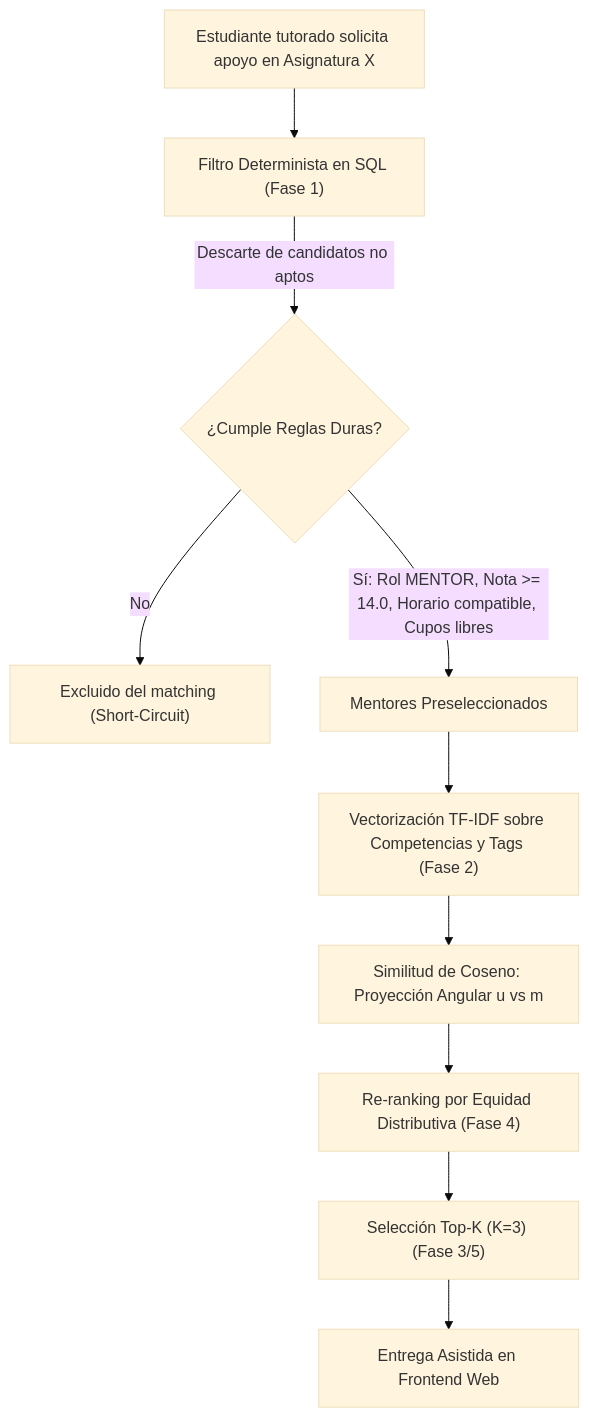
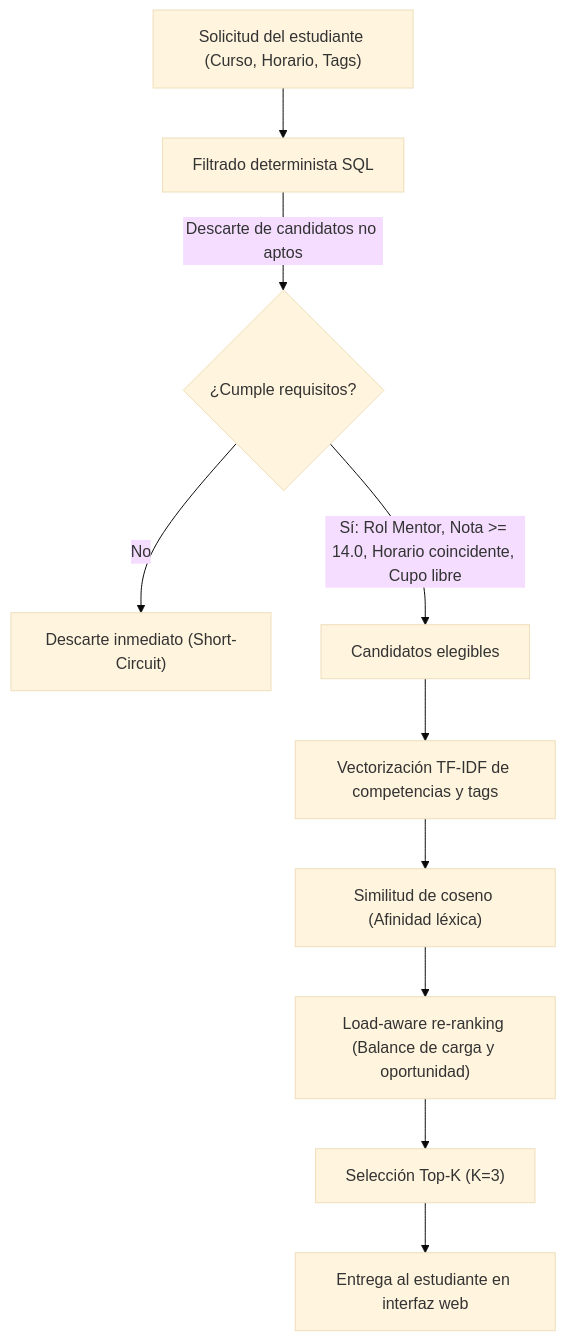
Before and after one commit to JMedina255/epis-upt-p2p-mentoring: the diagram in README.md, drawn with Mermaid (base theme). The commit also changed other lines of this file, not shown here.

````diff
--- a/README.md
+++ b/README.md
@@ -17,12 +73,12 @@
 ```mermaid
 flowchart TD
-    A["Estudiante tutorado solicita apoyo en Asignatura X"] --> B["Filtro Determinista en SQL (Fase 1)"]
-    B -->|Descarte de candidatos no aptos| C{"¿Cumple Reglas Duras?"}
-    C -->|No| D["Excluido del matching (Short-Circuit)"]
-    C -->|Sí: Rol MENTOR, Nota >= 14.0, Horario compatible, Cupos libres| E["Mentores Preseleccionados"]
-    E --> F["Vectorización TF-IDF sobre Competencias y Tags (Fase 2)"]
-    F --> G["Similitud de Coseno: Proyección Angular u vs m"]
-    G --> H["Re-ranking por Equidad Distributiva (Fase 4)"]
-    H --> I["Selección Top-K (K=3) (Fase 3/5)"]
-    I --> J["Entrega Asistida en Frontend Web"]
+    A["Solicitud del estudiante (Curso, Horario, Tags)"] --> B["Filtrado determinista SQL"]
+    B -->|Descarte de candidatos no aptos| C{"¿Cumple requisitos?"}
+    C -->|No| D["Descarte inmediato (Short-Circuit)"]
+    C -->|Sí: Rol Mentor, Nota >= 14.0, Horario coincidente, Cupo libre| E["Candidatos elegibles"]
+    E --> F["Vectorización TF-IDF de competencias y tags"]
+    F --> G["Similitud de coseno (Afinidad léxica)"]
+    G --> H["Load-aware re-ranking (Balance de carga y oportunidad)"]
+    H --> I["Selección Top-K (K=3)"]
+    I --> J["Entrega al estudiante en interfaz web"]
 ```
````
